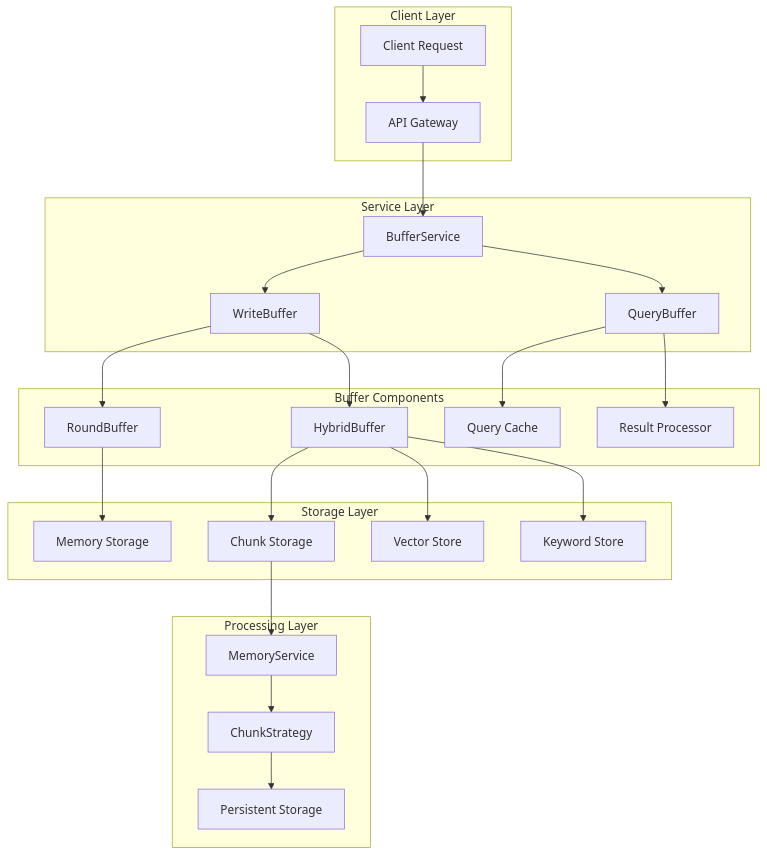
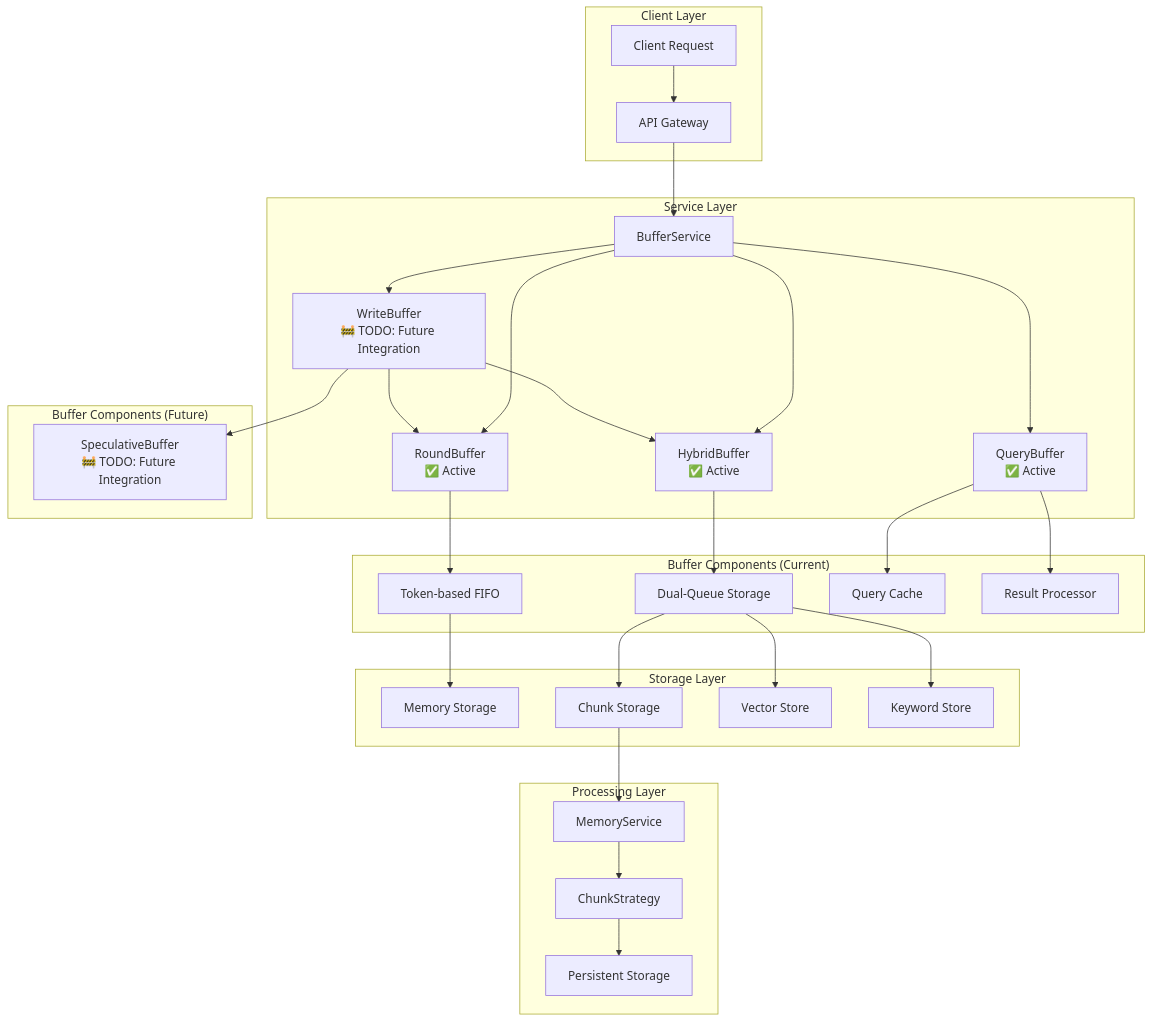
The eighth of 24 diagrams in docs/architecture/buffer.md (memfuse/memfuse), drawn with Mermaid before and after one commit. The commit also changed other lines of this file and 2 other files, not shown here.

First line of the commit message:
docs(architecture): integrate computer caching principles into buffer design

````diff
--- a/docs/architecture/buffer.md
+++ b/docs/architecture/buffer.md
@@ -11,32 +322,40 @@
 ```mermaid
 graph TB
     subgraph "Client Layer"
         A[Client Request] --> B[API Gateway]
     end
-    
+
     subgraph "Service Layer"
         B --> C[BufferService]
-        C --> D[WriteBuffer]
-        C --> E[QueryBuffer]
+        C --> D["WriteBuffer<br/>🚧 TODO: Future Integration"]
+        C --> E["QueryBuffer<br/>✅ Active"]
+        C --> F["RoundBuffer<br/>✅ Active"]
+        C --> G["HybridBuffer<br/>✅ Active"]
     end
-    
-    subgraph "Buffer Components"
-        D --> F[RoundBuffer]
-        D --> G[HybridBuffer]
-        E --> H[Query Cache]
-        E --> I[Result Processor]
+
+    subgraph "Buffer Components (Current)"
+        F --> H[Token-based FIFO]
+        G --> I[Dual-Queue Storage]
+        E --> J[Query Cache]
+        E --> K[Result Processor]
     end
-    
+
+    subgraph "Buffer Components (Future)"
+        D --> L["SpeculativeBuffer<br/>🚧 TODO: Future Integration"]
+        D --> F
+        D --> G
+    end
+
     subgraph "Storage Layer"
-        F --> J[Memory Storage]
-        G --> K[Chunk Storage]
-        G --> L[Vector Store]
-        G --> M[Keyword Store]
+        H --> M[Memory Storage]
+        I --> N[Chunk Storage]
+        I --> O[Vector Store]
+        I --> P[Keyword Store]
     end
-    
+
     subgraph "Processing Layer"
-        K --> N[MemoryService]
-        N --> O[ChunkStrategy]
-        O --> P[Persistent Storage]
+        N --> Q[MemoryService]
+        Q --> R[ChunkStrategy]
+        R --> S[Persistent Storage]
     end
 ```
````
